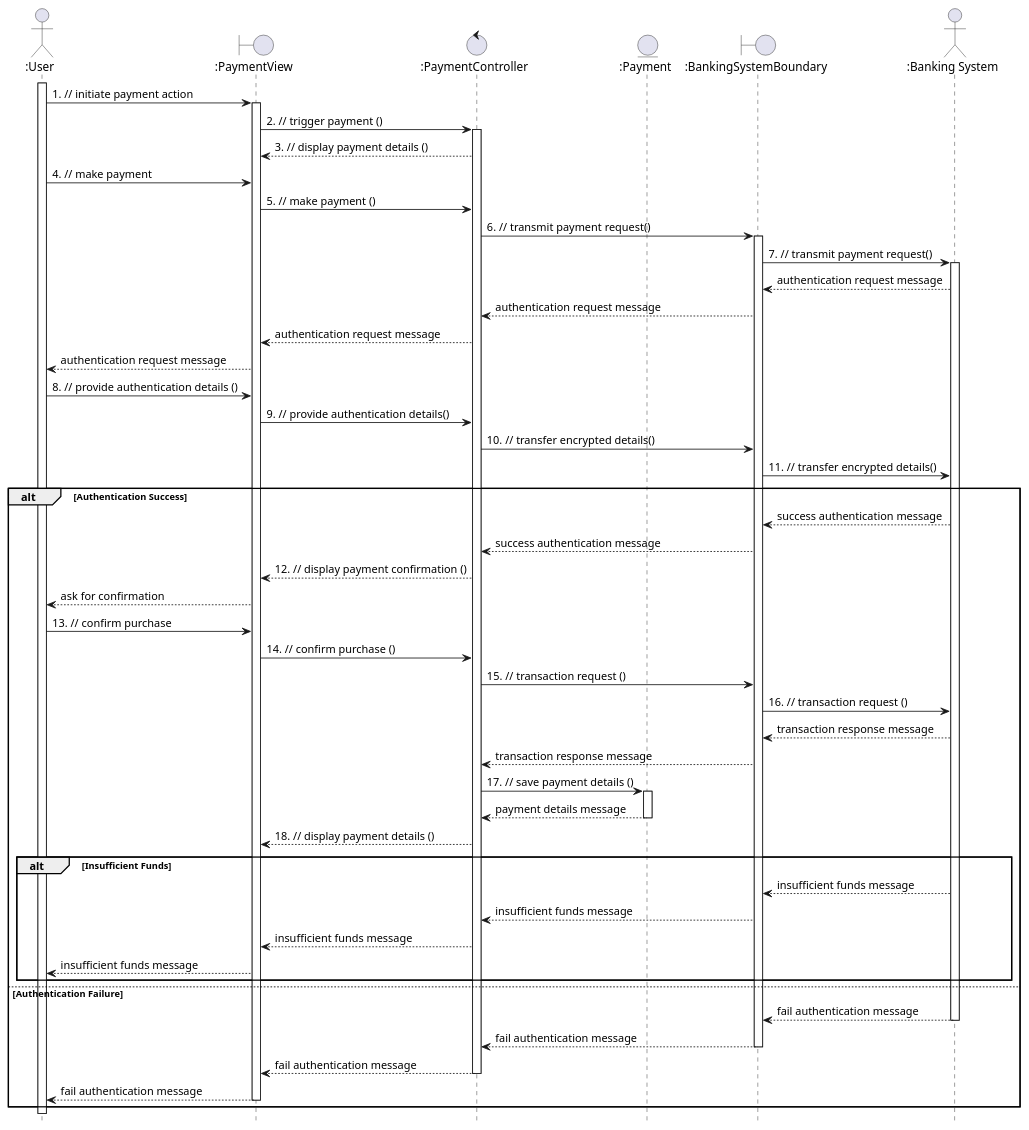
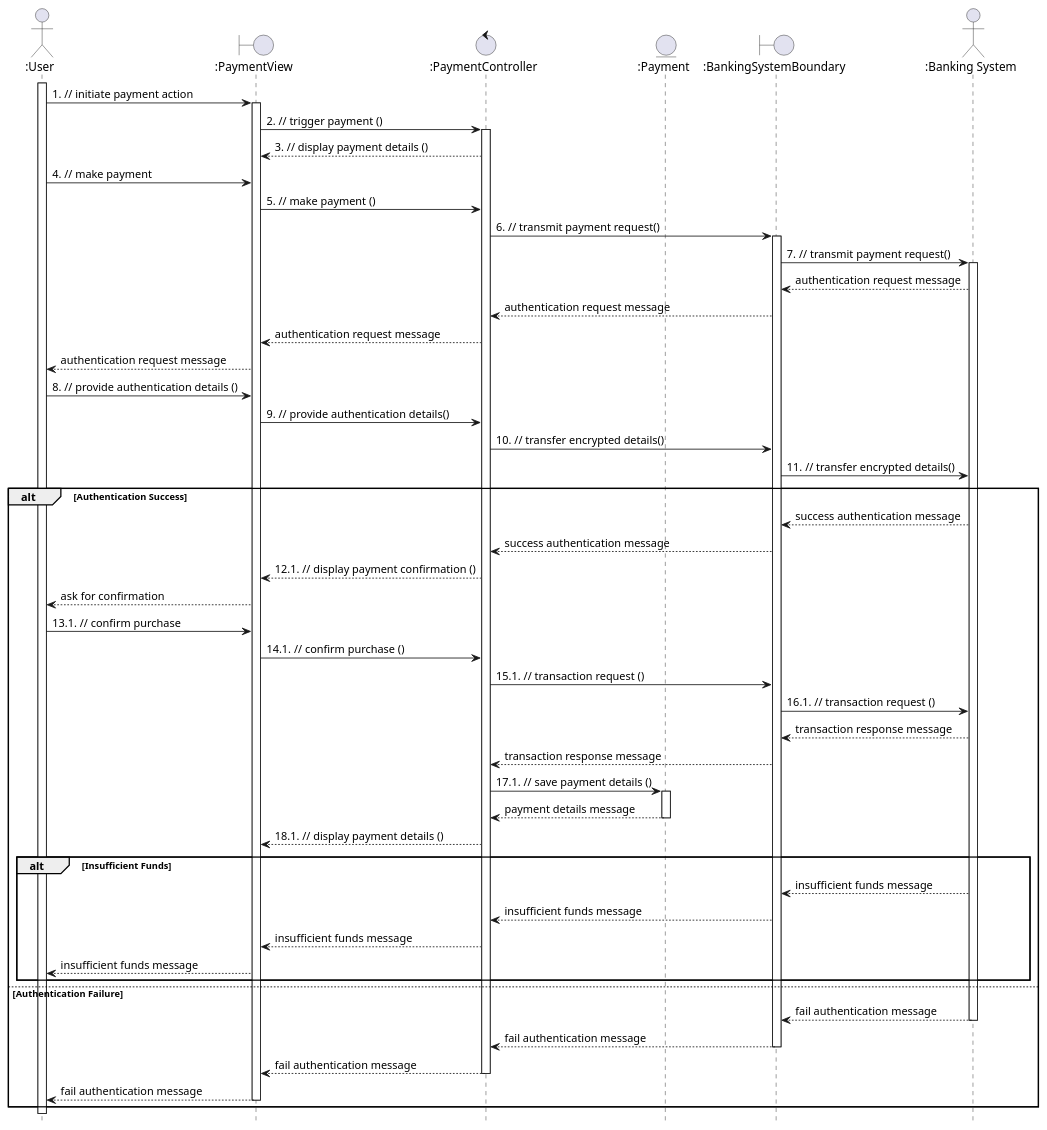
The diagram in uml/analysis/sequence/make_payment.pu (anhbanlinhle/velocity-exchange), drawn with PlantUML before and after one commit.

Commit message:
doc[lynn]: fix alt flow number

```diff
--- a/uml/analysis/sequence/make_payment.pu
+++ b/uml/analysis/sequence/make_payment.pu
@@ -1,90 +1,90 @@
 @startuml
 hide footbox
 
 actor ":User" as User
 boundary ":PaymentView" as PaymentView
 control ":PaymentController" as PaymentController
 entity ":Payment" as Payment
 boundary  ":BankingSystemBoundary" as BankingSystemBoundary
 actor ":Banking System" as BankingSystem
 
 User ++
   User -> PaymentView: 1. // initiate payment action
   PaymentView ++
     PaymentView -> PaymentController: 2. // trigger payment ()
     PaymentController ++
       PaymentController --> PaymentView: 3. // display payment details ()
 
   
   User -> PaymentView: 4. // make payment
     PaymentView -> PaymentController: 5. // make payment ()
       PaymentController ->  BankingSystemBoundary: 6. // transmit payment request()
       BankingSystemBoundary ++
          BankingSystemBoundary -> BankingSystem: 7. // transmit payment request()
         BankingSystem ++
           BankingSystem -->  BankingSystemBoundary: authentication request message
 
         BankingSystemBoundary --> PaymentController: authentication request message
       PaymentController --> PaymentView: authentication request message
     PaymentView --> User: authentication request message
   User -> PaymentView: 8. // provide authentication details ()
     PaymentView -> PaymentController: 9. // provide authentication details()
       PaymentController ->  BankingSystemBoundary: 10. // transfer encrypted details()
          BankingSystemBoundary -> BankingSystem: 11. // transfer encrypted details()
 
 alt Authentication Success
     BankingSystem -->  BankingSystemBoundary: success authentication message
     
       BankingSystemBoundary --> PaymentController: success authentication message
       
-        PaymentController --> PaymentView: 12. // display payment confirmation ()
+        PaymentController --> PaymentView: 12.1. // display payment confirmation ()
         
           PaymentView --> User: ask for confirmation
 
 
-        User -> PaymentView: 13. // confirm purchase
+        User -> PaymentView: 13.1. // confirm purchase
         
-          PaymentView -> PaymentController: 14. // confirm purchase ()
+          PaymentView -> PaymentController: 14.1. // confirm purchase ()
           
-            PaymentController ->  BankingSystemBoundary: 15. // transaction request ()
+            PaymentController ->  BankingSystemBoundary: 15.1. // transaction request ()
             
-              BankingSystemBoundary -> BankingSystem: 16. // transaction request ()
+              BankingSystemBoundary -> BankingSystem: 16.1. // transaction request ()
               
                 BankingSystem -->  BankingSystemBoundary: transaction response message
                 
               BankingSystemBoundary --> PaymentController: transaction response message
               
-            PaymentController -> Payment: 17. // save payment details ()
+            PaymentController -> Payment: 17.1. // save payment details ()
             
             Payment ++
               Payment --> PaymentController: payment details message
               
             Payment --
-            PaymentController --> PaymentView: 18. // display payment details ()
+            PaymentController --> PaymentView: 18.1. // display payment details ()
           
 
     alt Insufficient Funds
       BankingSystem -->  BankingSystemBoundary: insufficient funds message
       
         BankingSystemBoundary --> PaymentController: insufficient funds message
         
           PaymentController --> PaymentView: insufficient funds message
           
             PaymentView --> User: insufficient funds message
             
     end
 
 else Authentication Failure
   BankingSystem -->  BankingSystemBoundary: fail authentication message
       BankingSystem --
       BankingSystemBoundary --> PaymentController: fail authentication message
       BankingSystemBoundary --
         PaymentController --> PaymentView: fail authentication message
         PaymentController --
           PaymentView --> User: fail authentication message
           
         deactivate PaymentView
       deactivate PaymentController
 end
 
 @enduml
```
